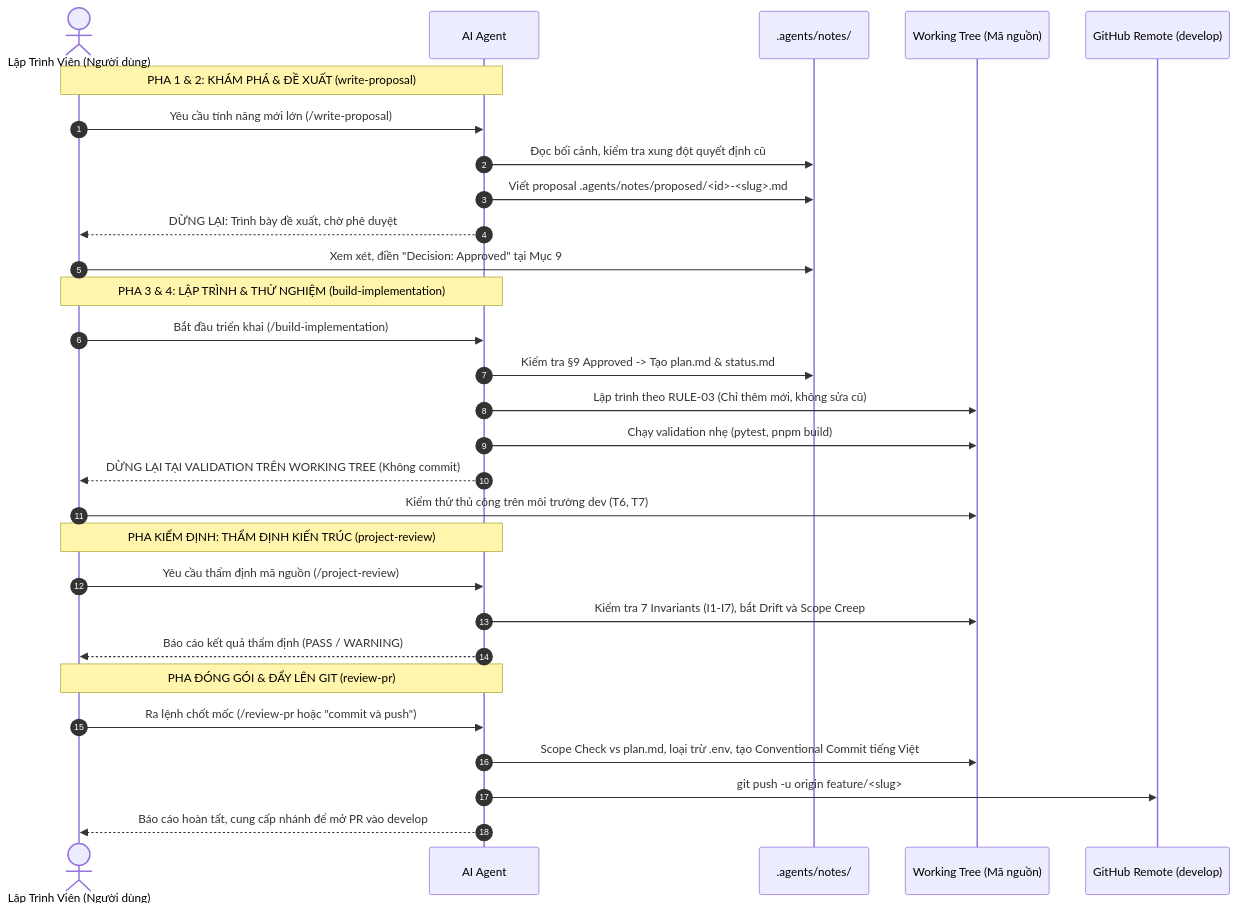
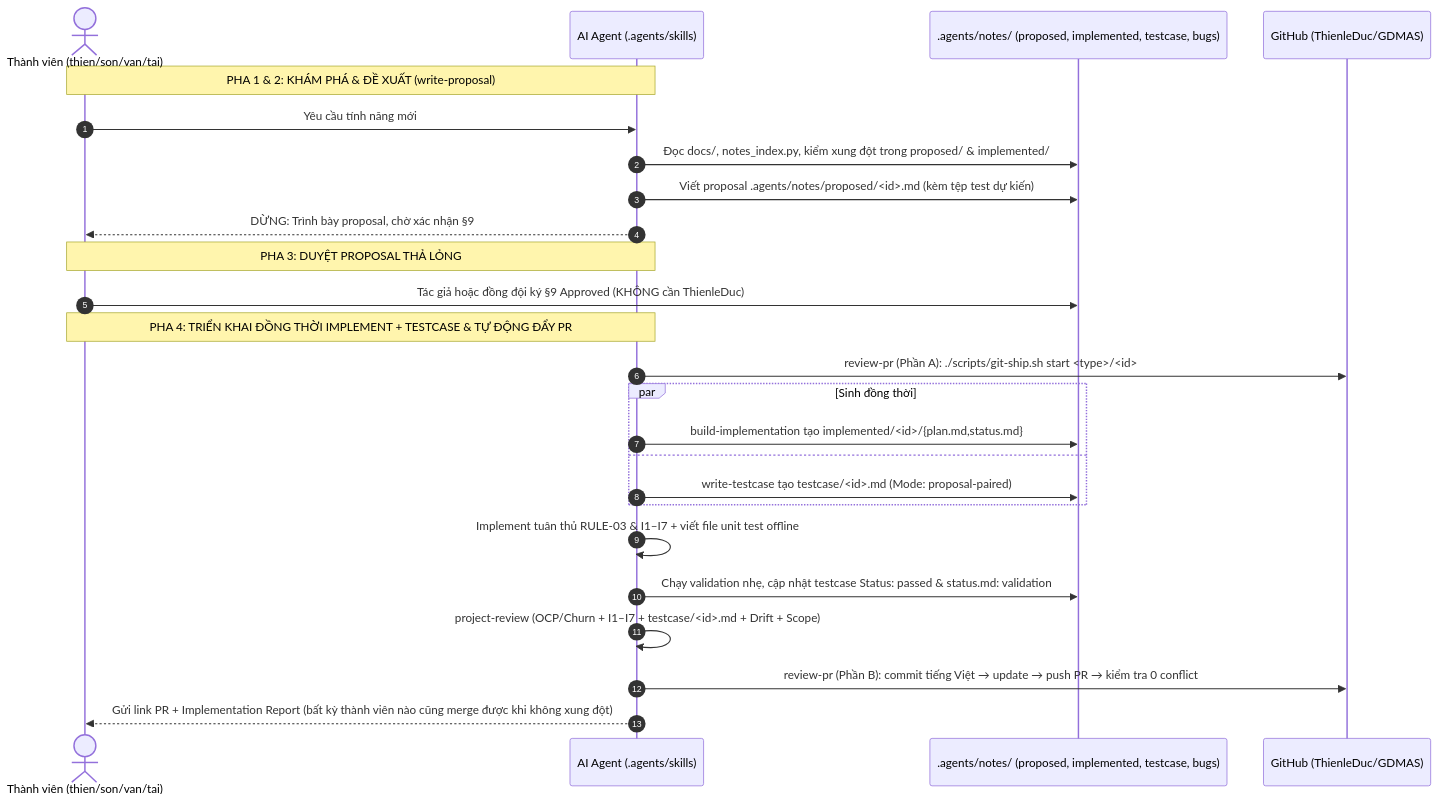
Before and after one commit to ThienleDuc/GDMAS: the first of 2 diagrams in docs/guides/skills/spec-driven-workflow.md, drawn with Mermaid. The commit also changed other lines of this file and 120 other files, not shown here.

````diff
--- a/docs/guides/skills/spec-driven-workflow.md
+++ b/docs/guides/skills/spec-driven-workflow.md
@@ -20,35 +21,30 @@
 ```mermaid
 sequenceDiagram
     autonumber
-    actor Dev as Lập Trình Viên (Người dùng)
-    participant Agent as AI Agent
-    participant Notes as .agents/notes/
-    participant Code as Working Tree (Mã nguồn)
-    participant Git as GitHub Remote (develop)
+    actor Dev as Thành viên (thien/son/van/tai)
+    participant Agent as AI Agent (.agents/skills)
+    participant Notes as .agents/notes/ (proposed, implemented, testcase, bugs)
+    participant Git as GitHub (ThienleDuc/GDMAS)
 
     Note over Dev,Agent: PHA 1 & 2: KHÁM PHÁ & ĐỀ XUẤT (write-proposal)
-    Dev->>Agent: Yêu cầu tính năng mới lớn (/write-proposal)
-    Agent->>Notes: Đọc bối cảnh, kiểm tra xung đột quyết định cũ
-    Agent->>Notes: Viết proposal .agents/notes/proposed/<id>-<slug>.md
-    Agent-->>Dev: DỪNG LẠI: Trình bày đề xuất, chờ phê duyệt
-    Dev->>Notes: Xem xét, điền "Decision: Approved" tại Mục 9
+    Dev->>Agent: Yêu cầu tính năng mới
+    Agent->>Notes: Đọc docs/, notes_index.py, kiểm xung đột trong proposed/ & implemented/
+    Agent->>Notes: Viết proposal .agents/notes/proposed/<id>.md (kèm tệp test dự kiến)
+    Agent-->>Dev: DỪNG: Trình bày proposal, chờ xác nhận §9
 
-    Note over Dev,Agent: PHA 3 & 4: LẬP TRÌNH & THỬ NGHIỆM (build-implementation)
-    Dev->>Agent: Bắt đầu triển khai (/build-implementation)
-    Agent->>Notes: Kiểm tra §9 Approved -> Tạo plan.md & status.md
-    Agent->>Code: Lập trình theo RULE-03 (Chỉ thêm mới, không sửa cũ)
-    Agent->>Code: Chạy validation nhẹ (pytest, pnpm build)
-    Agent-->>Dev: DỪNG LẠI TẠI VALIDATION TRÊN WORKING TREE (Không commit)
-    Dev->>Code: Kiểm thử thủ công trên môi trường dev (T6, T7)
+    Note over Dev,Agent: PHA 3: DUYỆT PROPOSAL THẢ LỎNG
+    Dev->>Notes: Tác giả hoặc đồng đội ký §9 Approved (KHÔNG cần ThienleDuc)
 
-    Note over Dev,Agent: PHA KIỂM ĐỊNH: THẨM ĐỊNH KIẾN TRÚC (project-review)
-    Dev->>Agent: Yêu cầu thẩm định mã nguồn (/project-review)
-    Agent->>Code: Kiểm tra 7 Invariants (I1-I7), bắt Drift và Scope Creep
-    Agent-->>Dev: Báo cáo kết quả thẩm định (PASS / WARNING)
-
-    Note over Dev,Agent: PHA ĐÓNG GÓI & ĐẨY LÊN GIT (review-pr)
-    Dev->>Agent: Ra lệnh chốt mốc (/review-pr hoặc "commit và push")
-    Agent->>Code: Scope Check vs plan.md, loại trừ .env, tạo Conventional Commit tiếng Việt
-    Agent->>Git: git push -u origin feature/<slug>
-    Agent-->>Dev: Báo cáo hoàn tất, cung cấp nhánh để mở PR vào develop
+    Note over Dev,Agent: PHA 4: TRIỂN KHAI ĐỒNG THỜI IMPLEMENT + TESTCASE & TỰ ĐỘNG ĐẨY PR
+    Agent->>Git: review-pr (Phần A): ./scripts/git-ship.sh start <type>/<id>
+    par Sinh đồng thời
+        Agent->>Notes: build-implementation tạo implemented/<id>/{plan.md,status.md}
+    and
+        Agent->>Notes: write-testcase tạo testcase/<id>.md (Mode: proposal-paired)
+    end
+    Agent->>Agent: Implement tuân thủ RULE-03 & I1–I7 + viết file unit test offline
+    Agent->>Notes: Chạy validation nhẹ, cập nhật testcase Status: passed & status.md: validation
+    Agent->>Agent: project-review (OCP/Churn + I1–I7 + testcase/<id>.md + Drift + Scope)
+    Agent->>Git: review-pr (Phần B): commit tiếng Việt → update → push PR → kiểm tra 0 conflict
+    Agent-->>Dev: Gửi link PR + Implementation Report (bất kỳ thành viên nào cũng merge được khi không xung đột)
 ```
````
